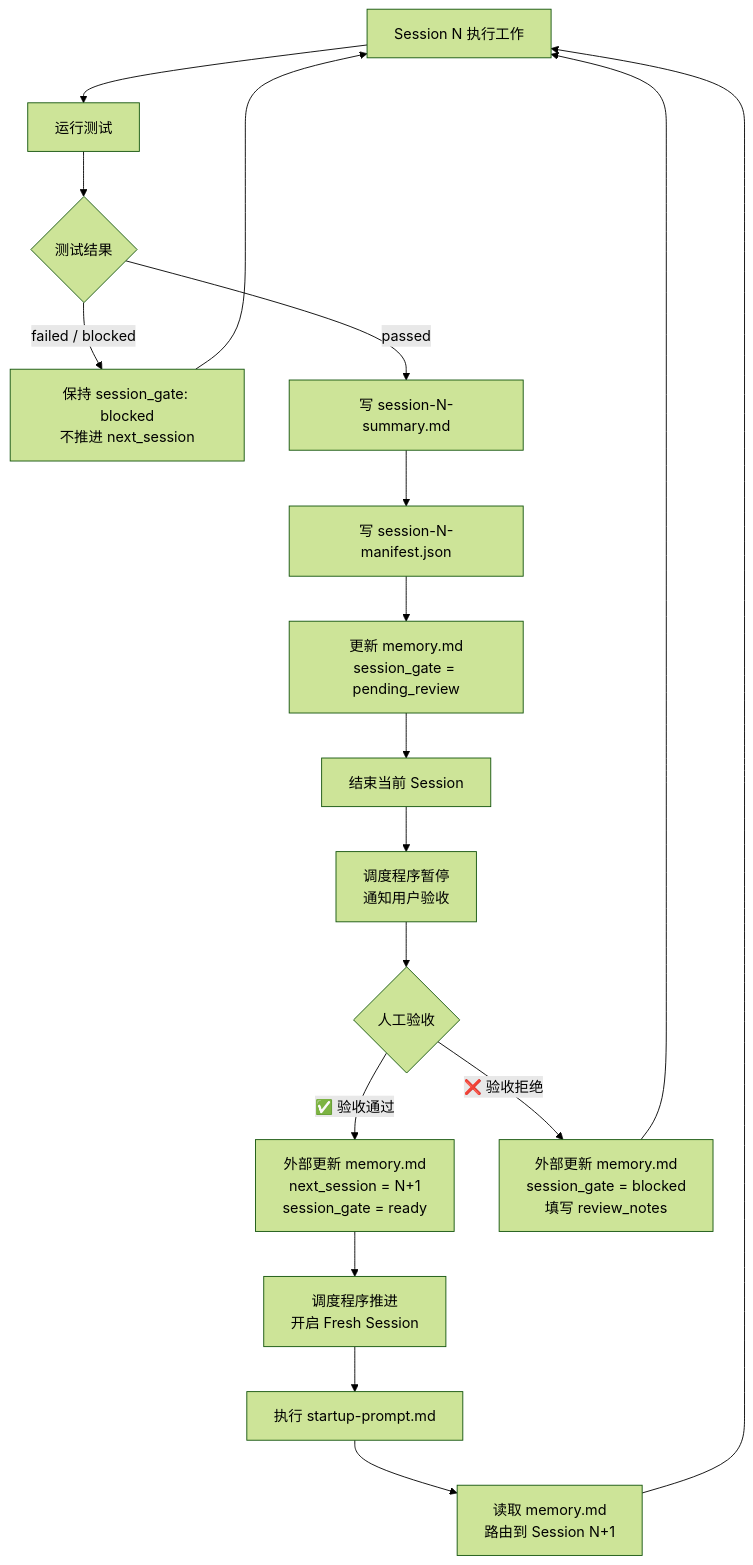
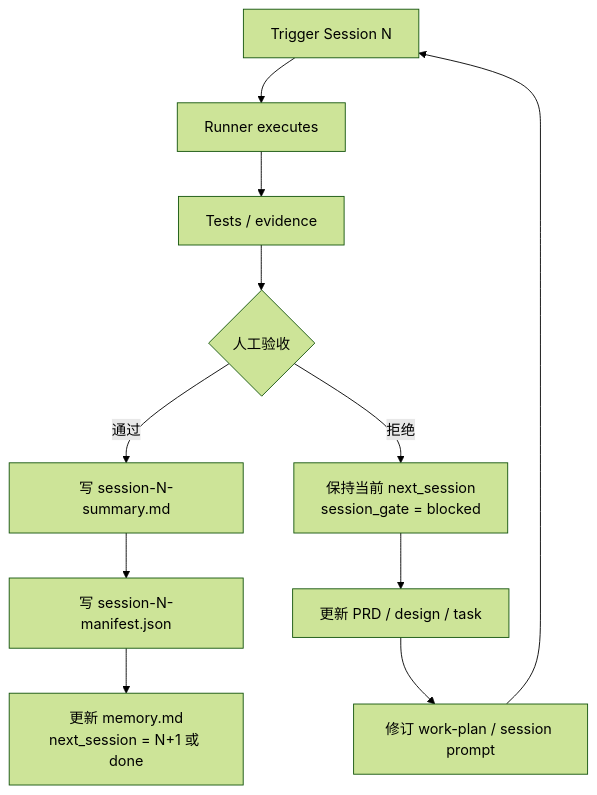
The second of 2 diagrams in docs/progress-loop.md (qi9zg202-source/vibecodingworkflow), drawn with Mermaid (forest theme) before and after one commit. The commit also changed other lines of this file and 209 other files, not shown here.

````diff
--- a/docs/progress-loop.md
+++ b/docs/progress-loop.md
@@ -48,20 +46,13 @@
 ```mermaid
 graph TD
-    A[Session N 执行工作] --> B[运行测试]
-    B --> C{测试结果}
-    C -->|failed / blocked| E[保持 session_gate: blocked\n不推进 next_session]
-    E --> A
-    C -->|passed| D[写 session-N-summary.md]
-    D --> F[写 session-N-manifest.json]
-    F --> G[更新 memory.md\nsession_gate = pending_review]
-    G --> H[结束当前 Session]
-    H --> WAIT[调度程序暂停\n通知用户验收]
-    WAIT --> REVIEW{人工验收}
-    REVIEW -->|✅ 验收通过| APPROVE[外部更新 memory.md\nnext_session = N+1\nsession_gate = ready]
-    REVIEW -->|❌ 验收拒绝| REJECT[外部更新 memory.md\nsession_gate = blocked\n填写 review_notes]
-    APPROVE --> I[调度程序推进\n开启 Fresh Session]
-    REJECT --> A
-    I --> J[执行 startup-prompt.md]
-    J --> K[读取 memory.md\n路由到 Session N+1]
-    K --> A
+    A[Trigger Session N] --> B[Runner executes]
+    B --> C[Tests / evidence]
+    C --> D{人工验收}
+    D -->|通过| E[写 session-N-summary.md]
+    E --> F[写 session-N-manifest.json]
+    F --> G[更新 memory.md\nnext_session = N+1 或 done]
+    D -->|拒绝| H[保持当前 next_session\nsession_gate = blocked]
+    H --> I[更新 PRD / design / task]
+    I --> J[修订 work-plan / session prompt]
+    J --> A
 ```
````
